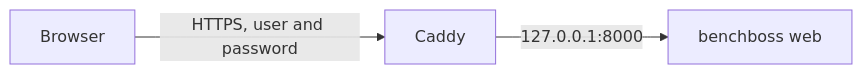
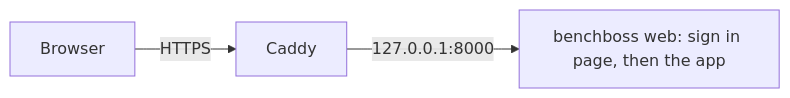
Before and after one commit to ValeQRamos/benchboss: the second of 2 diagrams in docs/server.md, drawn with Mermaid. The commit also changed other lines of this file and 6 other files, not shown here.

First line of the commit message:
benchboss web: a sign in page with a password and GitHub

````diff
--- a/docs/server.md
+++ b/docs/server.md
@@ -223,5 +223,5 @@
 ```mermaid
 flowchart LR
-    B[Browser] -->|HTTPS, user and password| C[Caddy]
-    C -->|127.0.0.1:8000| W[benchboss web]
+    B[Browser] -->|HTTPS| C[Caddy]
+    C -->|127.0.0.1:8000| W[benchboss web: sign in page, then the app]
 ```
````
